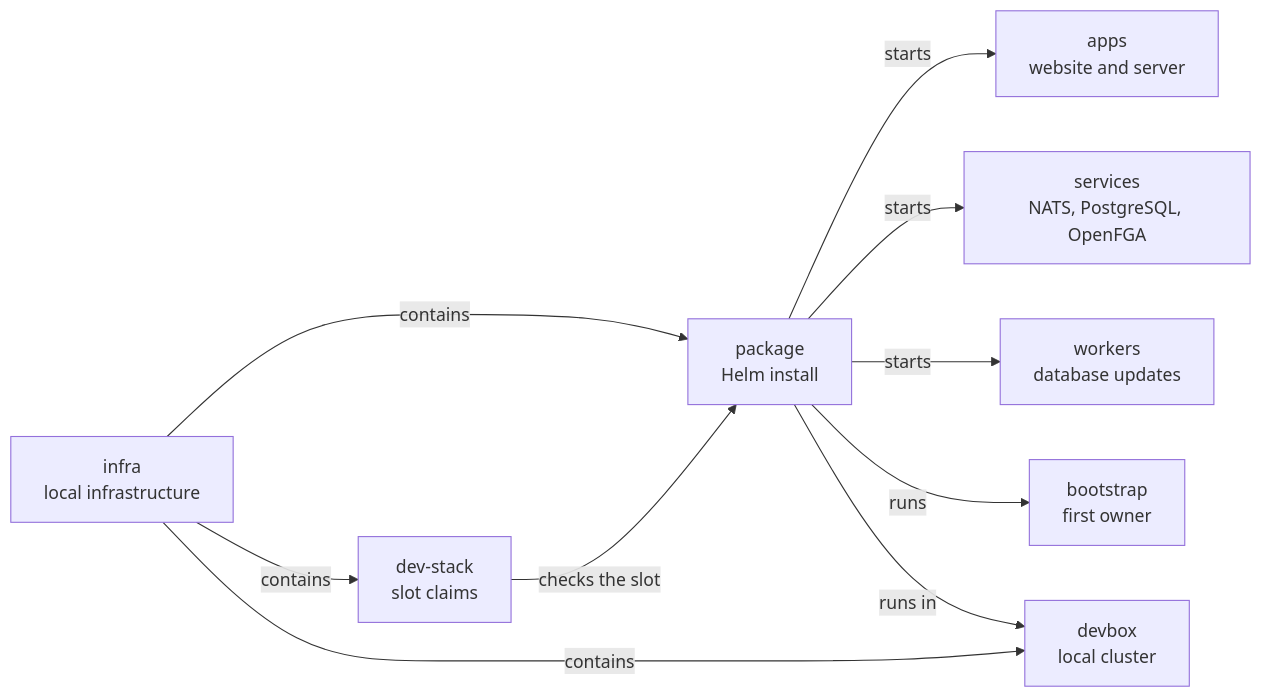
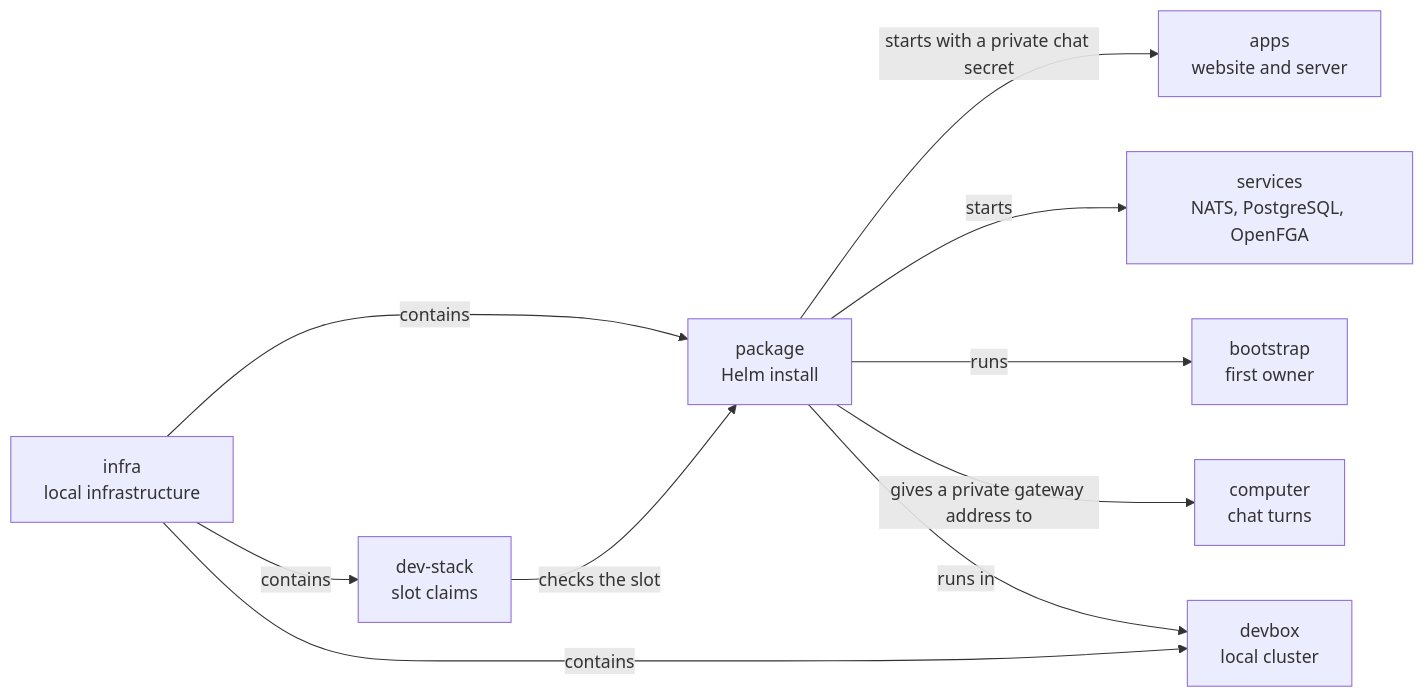
Before and after one commit to elewa-git/opencrane-new: the diagram in infra/package/README.md, drawn with Mermaid. The commit also changed other lines of this file and 36 other files, not shown here.

First line of the commit message:
💬 The packaged install on a test slot runs a chat turn with its own key custody, model gateway and computer runtime (#490)

````diff
--- a/infra/package/README.md
+++ b/infra/package/README.md
@@ -17,12 +18,12 @@
 ```mermaid
 flowchart LR
   infra["infra<br/>local infrastructure"] -->|contains| package["package<br/>Helm install"]
   infra -->|contains| stack["dev-stack<br/>slot claims"]
   infra -->|contains| devbox["devbox<br/>local cluster"]
   stack -->|checks the slot| package
-  package -->|starts| apps["apps<br/>website and server"]
+  package -->|starts with a private chat secret| apps["apps<br/>website and server"]
   package -->|starts| services["services<br/>NATS, PostgreSQL, OpenFGA"]
-  package -->|starts| workers["workers<br/>database updates"]
   package -->|runs| bootstrap["bootstrap<br/>first owner"]
+  package -->|gives a private gateway address to| computer["computer<br/>chat turns"]
   package -->|runs in| devbox
 ```
````
